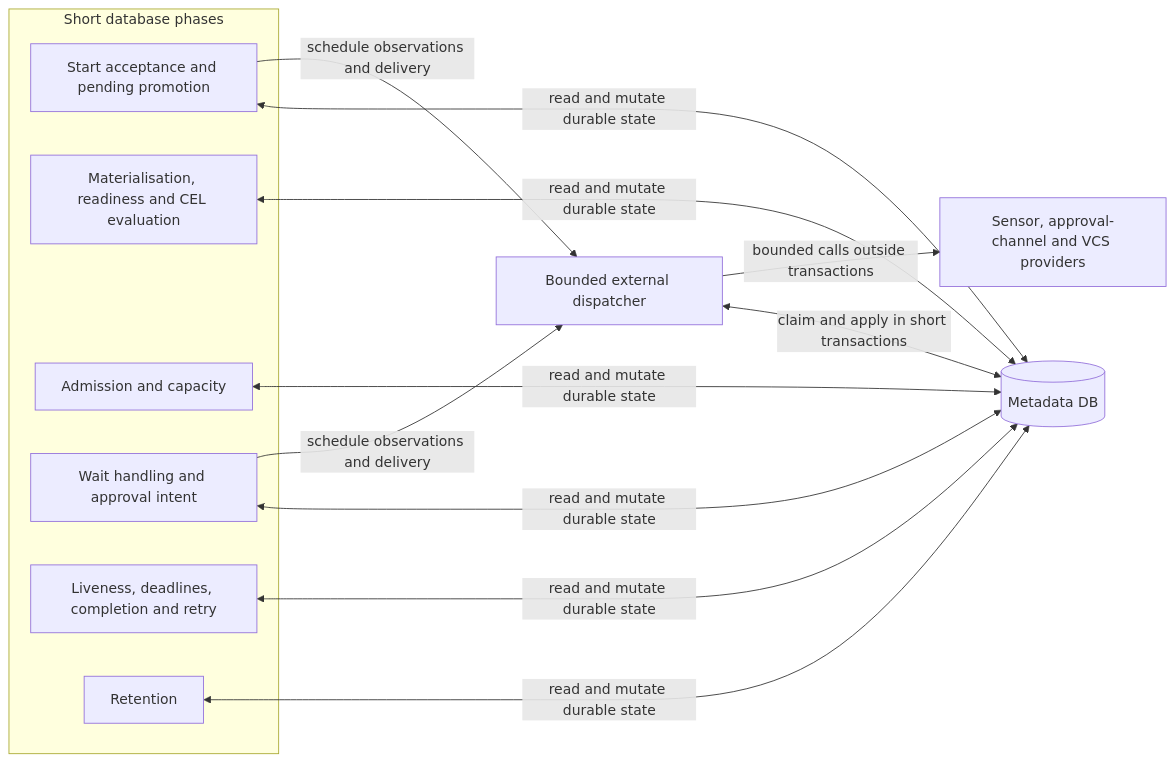
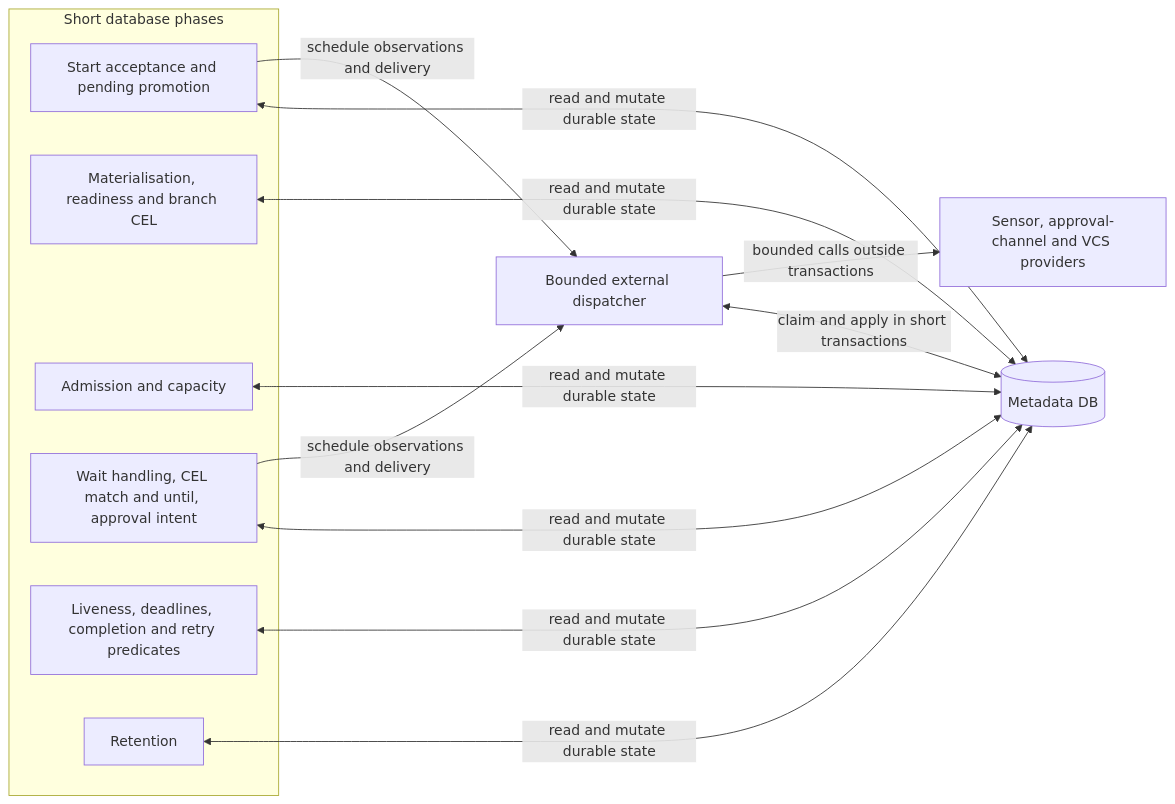
One commit to klukashka/kora changed the first of 4 diagrams in knowledge/architecture/detailed.md. Above: the diagram before and after it, drawn with Mermaid. The commit also changed other lines of this file and 19 other files, not shown here.

Commit message:
design: kora's CEL parser, checker, projections and evaluation limits (#133)

````diff
--- a/knowledge/architecture/detailed.md
+++ b/knowledge/architecture/detailed.md
@@ -9,18 +9,18 @@
 ```mermaid
 flowchart LR
     subgraph phases [Short database phases]
         START[Start acceptance and pending promotion]
-        READY[Materialisation, readiness and CEL evaluation]
+        READY[Materialisation, readiness and branch CEL]
         ADMIT[Admission and capacity]
-        WAIT[Wait handling and approval intent]
-        LIFE[Liveness, deadlines, completion and retry]
+        WAIT[Wait handling, CEL match and until, approval intent]
+        LIFE[Liveness, deadlines, completion and retry predicates]
         RET[Retention]
     end
     DB[(Metadata DB)]
     DISPATCH[Bounded external dispatcher]
     PROVIDERS[Sensor, approval-channel and VCS providers]
     START & READY & ADMIT & WAIT & LIFE & RET <-->|read and mutate durable state| DB
     START & WAIT -->|schedule observations and delivery| DISPATCH
     DISPATCH <-->|claim and apply in short transactions| DB
     DISPATCH -->|bounded calls outside transactions| PROVIDERS
 ```
````
